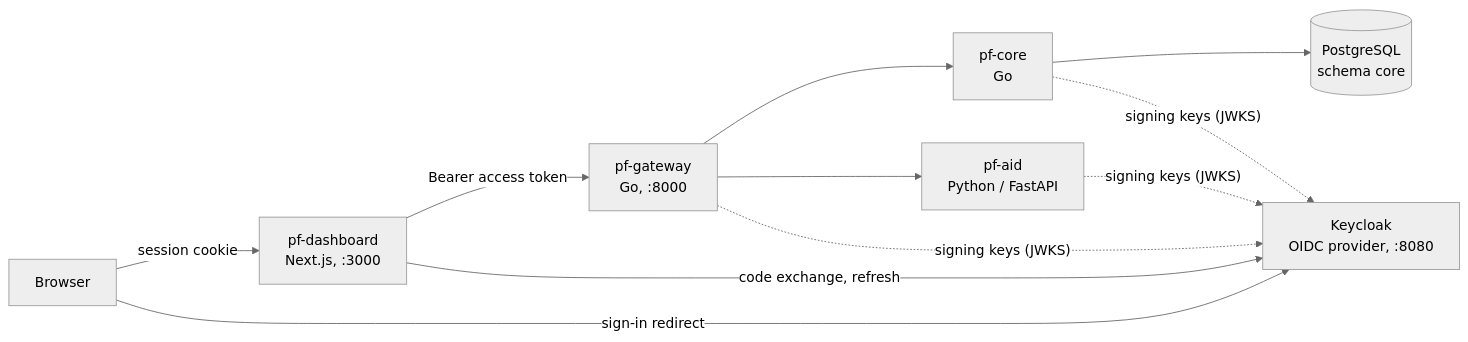
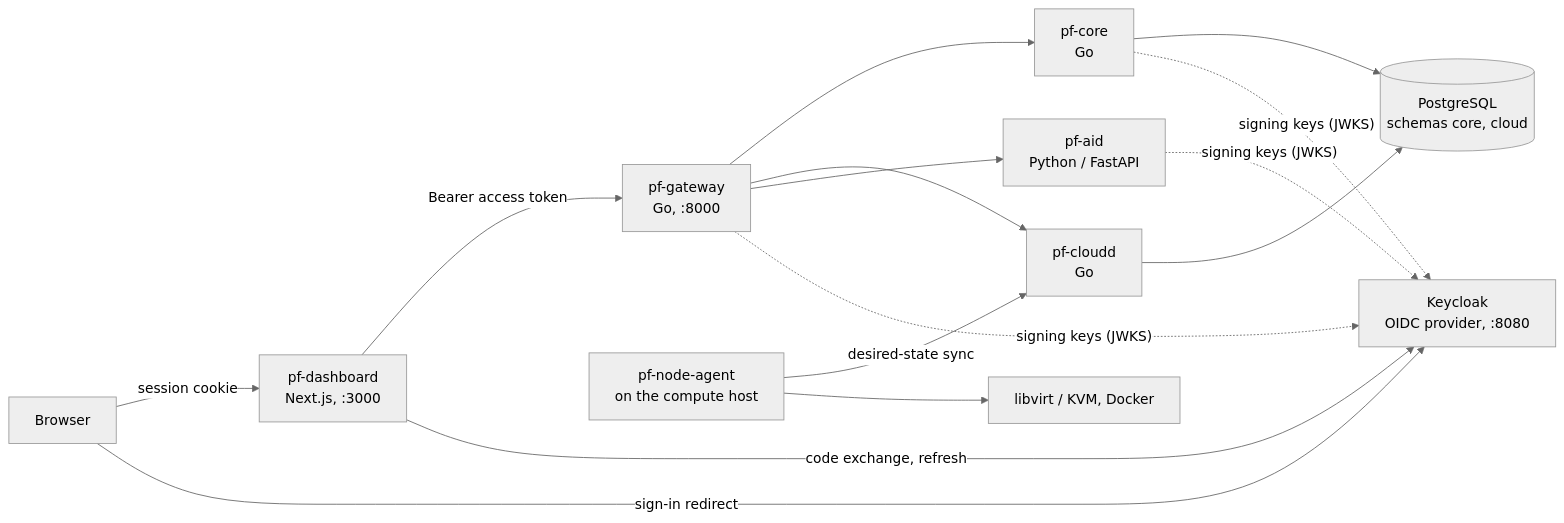
The diagram in README.md (commonvtake/ParallelF), drawn with Mermaid (neutral theme) before and after one commit. The commit also changed other lines of this file and 6 other files, not shown here.

````diff
--- a/README.md
+++ b/README.md
@@ -25,13 +26,17 @@
 ```mermaid
 flowchart LR
     B["Browser"] -->|"session cookie"| D["pf-dashboard<br/>Next.js, :3000"]
     B -->|"sign-in redirect"| K["Keycloak<br/>OIDC provider, :8080"]
     D -->|"Bearer access token"| G["pf-gateway<br/>Go, :8000"]
     D -->|"code exchange, refresh"| K
     G --> C["pf-core<br/>Go"]
+    G --> CL["pf-cloudd<br/>Go"]
     G --> A["pf-aid<br/>Python / FastAPI"]
-    C --> P[("PostgreSQL<br/>schema core")]
+    C --> P[("PostgreSQL<br/>schemas core, cloud")]
+    CL --> P
+    N["pf-node-agent<br/>on the compute host"] -->|"desired-state sync"| CL
+    N --> V["libvirt / KVM, Docker"]
     G -. "signing keys (JWKS)" .-> K
     C -. "signing keys (JWKS)" .-> K
     A -. "signing keys (JWKS)" .-> K
 ```
````
